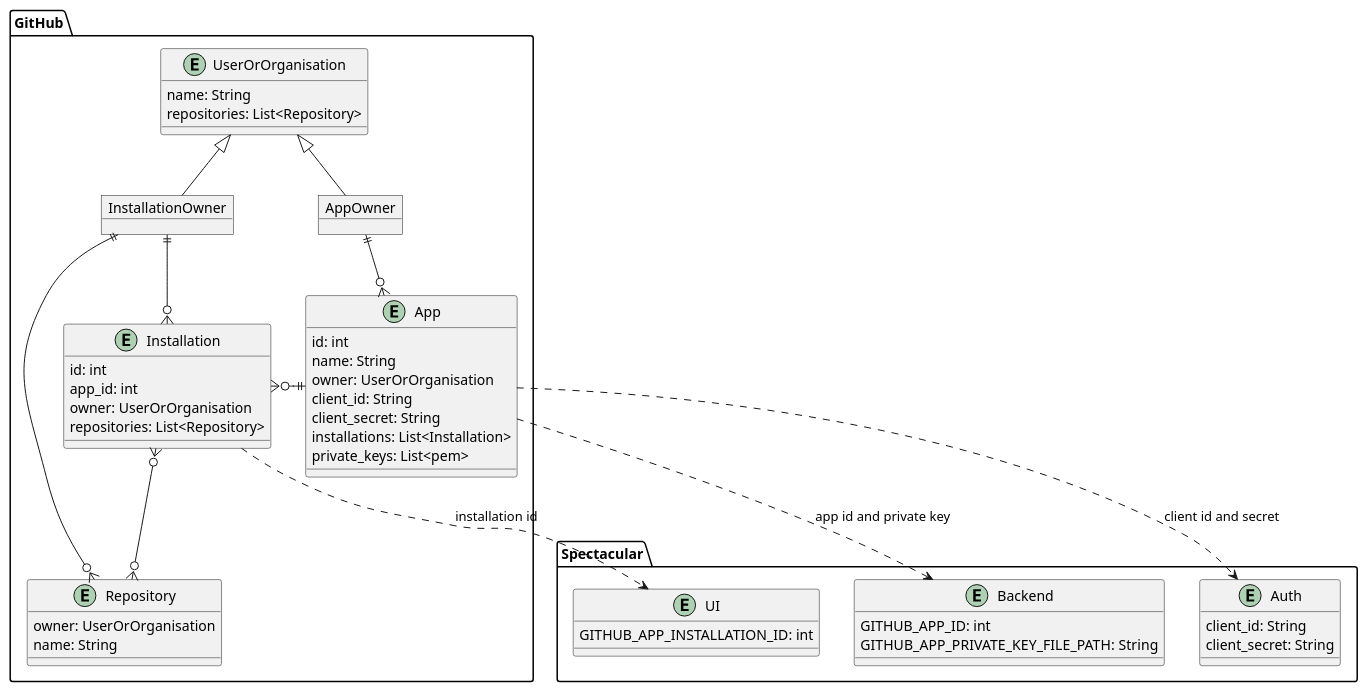
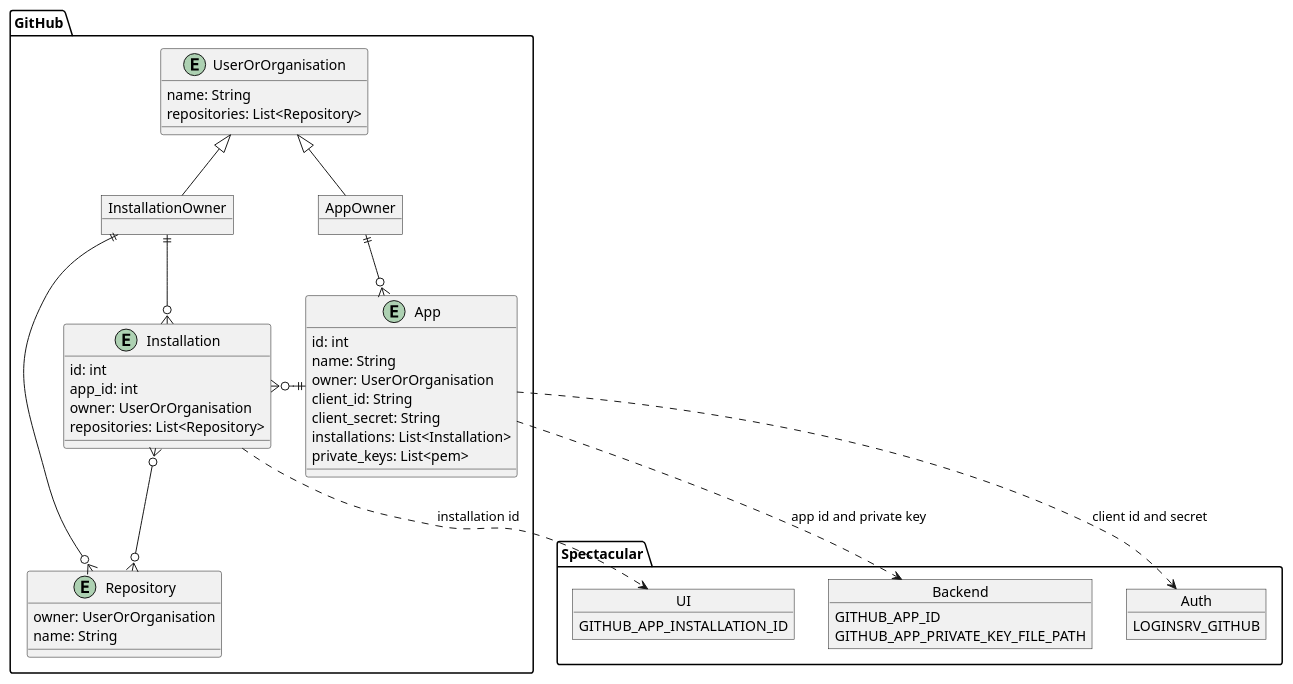
The diagram in docs/design/diagrams/github-app-config.plantuml (specmore/spectacular), drawn with PlantUML before and after one commit. The commit also changed 1 other file, not shown here.

Commit message:
update github app config diagram

```diff
--- a/docs/design/diagrams/github-app-config.plantuml
+++ b/docs/design/diagrams/github-app-config.plantuml
@@ -1,72 +1,71 @@
 @startuml github-app-config
 
 package GitHub {
     entity UserOrOrganisation {
         name: String
         repositories: List<Repository>
     }
 
     object AppOwner {
 
     }
 
     object InstallationOwner {
 
     }
 
     entity Repository {
         owner: UserOrOrganisation
         name: String
     }
 
     entity Installation {
         id: int
         app_id: int
         owner: UserOrOrganisation
         repositories: List<Repository>
     }
 
     entity App {
         id: int
         name: String
         owner: UserOrOrganisation
         client_id: String
         client_secret: String
         installations: List<Installation>
         private_keys: List<pem>
     }
 }
 
 package Spectacular {
-    entity UI {
-        GITHUB_APP_INSTALLATION_ID: int
+    object UI {
+        GITHUB_APP_INSTALLATION_ID
     }
 
-    entity Auth {
-        client_id: String
-        client_secret: String
+    object Auth {
+        LOGINSRV_GITHUB
     }
 
-    entity Backend {
-        GITHUB_APP_ID: int
-        GITHUB_APP_PRIVATE_KEY_FILE_PATH: String
+    object Backend {
+        GITHUB_APP_ID
+        GITHUB_APP_PRIVATE_KEY_FILE_PATH
     }
 }
 
 ' actor User
 
 ' GitHub object relationships
 UserOrOrganisation <|-- AppOwner
 UserOrOrganisation <|-- InstallationOwner
 InstallationOwner ||--o{ Installation
 AppOwner ||--o{ App
 InstallationOwner ||--o{ Repository
 App ||-o{ Installation
 Installation }o--o{ Repository
 
 ' GitHub objects to Spectacular config mappings
 Installation ..> UI : "installation id"
 App ..> Auth : "client id and secret"
 App ..> Backend : "app id and private key"
 
 @enduml
```
